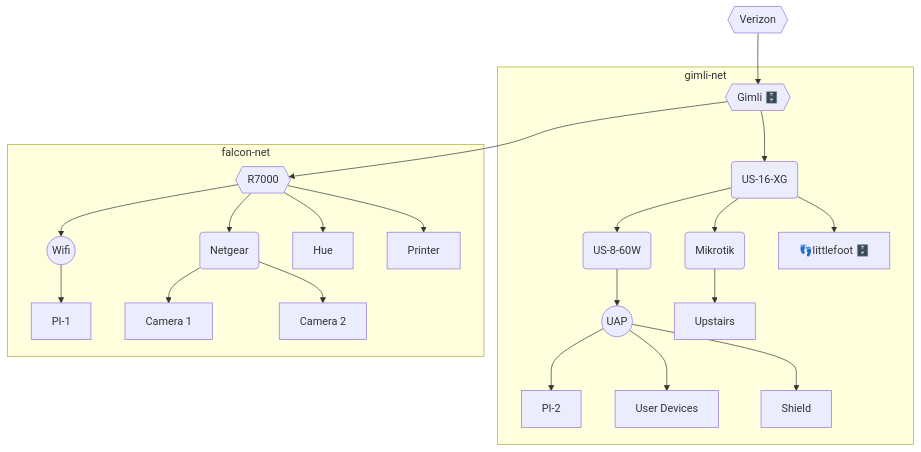
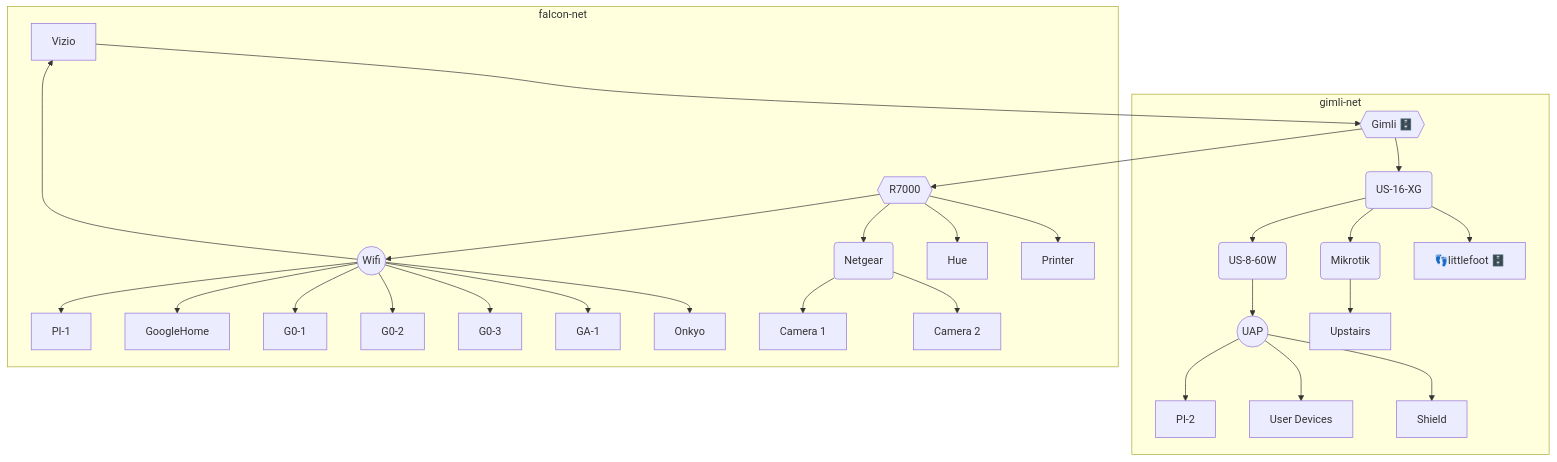
The diagram in net-diagram.md (marklester/lesterlab), drawn with Mermaid before and after one commit.

Commit message:
add wifi clients

````diff
--- a/net-diagram.md
+++ b/net-diagram.md
@@ -1,26 +1,32 @@
 ```mermaid
 graph TD
     V{{Verizon}} -->G{{"Gimli 🗄️"}}
     subgraph gimli-net
-
-    G  --> XG(US-16-XG)
-    XG --> U8(US-8-60W)
-    XG --> M(Mikrotik)
-    XG -->L["👣littlefoot 🗄️"]
-    U8 -->UAP((UAP))
-    UAP-->PI2[PI-2]
-    UAP-->D[User Devices]
-    UAP-->SH[Shield]
-    M--> UP[Upstairs]
+        G  --> XG(US-16-XG)
+        XG --> U8(US-8-60W)
+        XG --> M(Mikrotik)
+        XG -->L["👣littlefoot 🗄️"]
+        U8 -->UAP((UAP))
+        UAP-->PI2[PI-2]
+        UAP-->D[User Devices]
+        UAP-->SH[Shield]
+        M--> UP[Upstairs]
     end
     subgraph falcon-net
-    G-->R{{R7000}}
-    R-->N8(Netgear)
-    R-->NW((Wifi))
-    NW-->PI1[PI-1]
-    N8-->C[Camera 1]
-    N8-->C2[Camera 2]
-    R-->H[Hue]
-    R-->B[Printer]
+        G-->R{{R7000}}
+        R-->N8(Netgear)
+        R-->NW((Wifi))
+        NW-->PI1[PI-1]
+        NW-->G0[GoogleHome]
+        NW-->G1[G0-1]
+        NW-->G2[G0-2]
+        NW-->G3[G0-3]
+        NW-->G4[GA-1]
+        NW-->OY[Onkyo]
+        NW-->V[Vizio]
+        N8-->C[Camera 1]
+        N8-->C2[Camera 2]
+        R-->H[Hue]
+        R-->B[Printer]
     end
 ```
````
